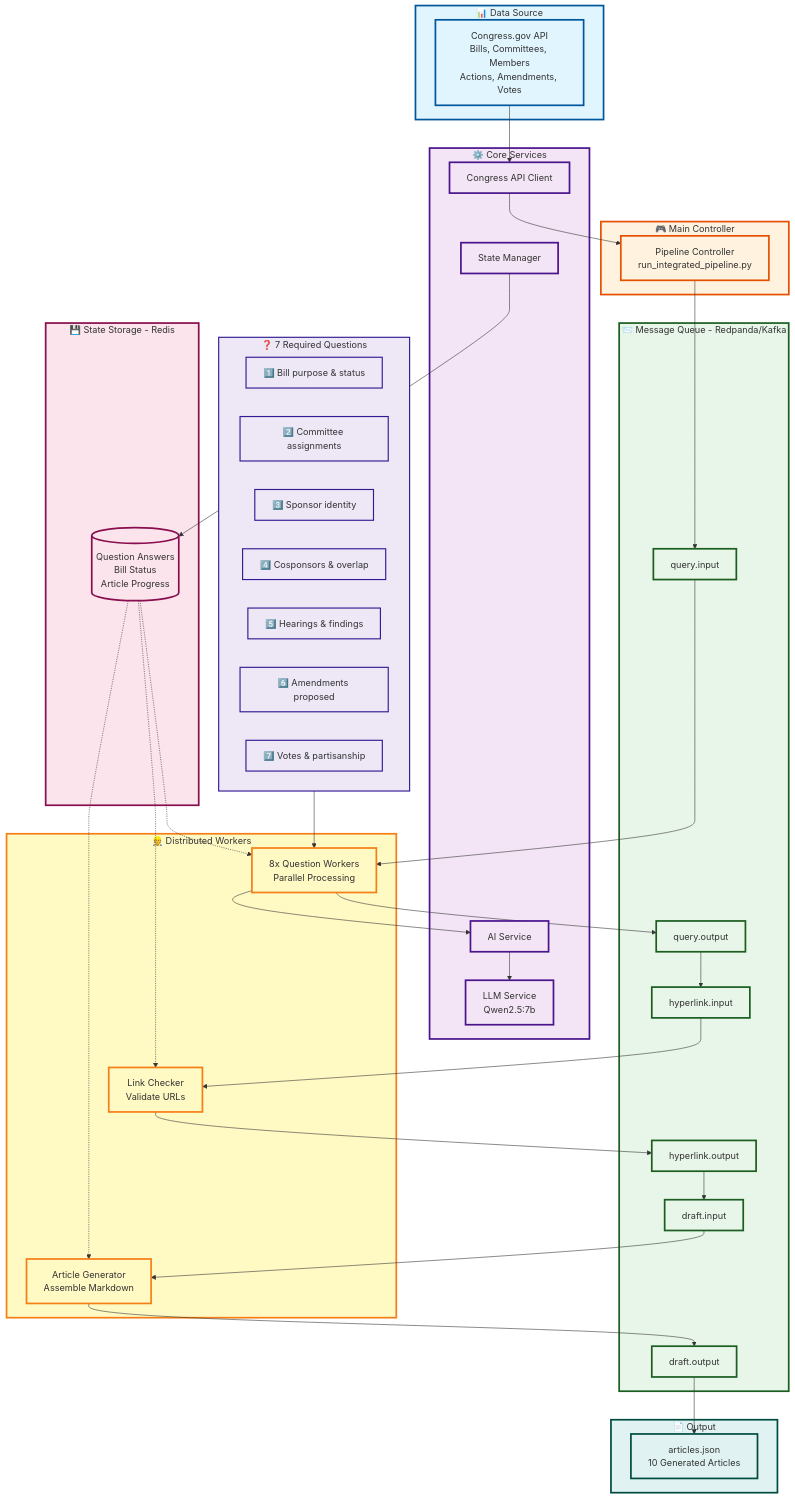
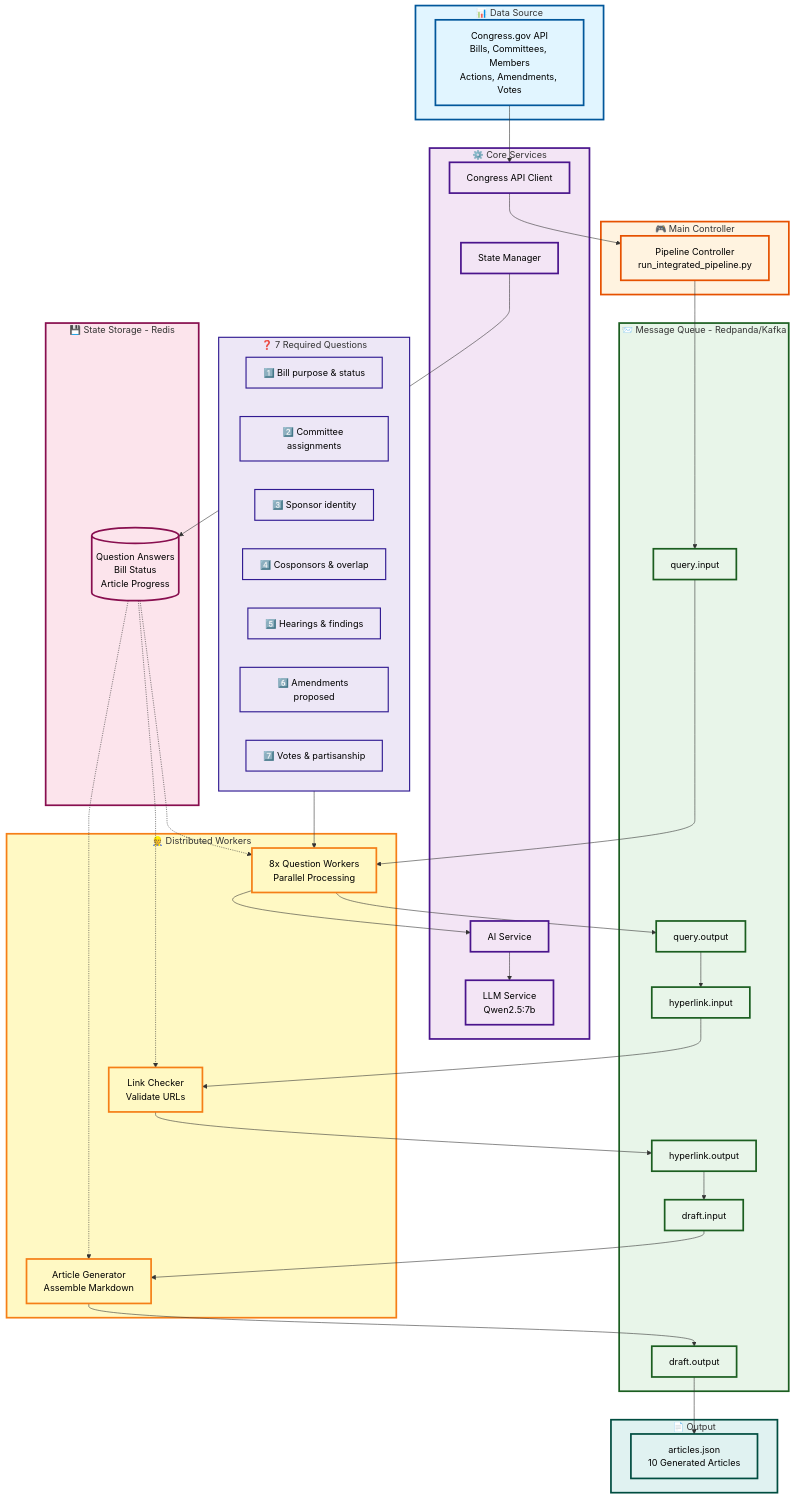
Before and after one commit to ronak4/Ronak-Raisingani-RAG: the second of 2 diagrams in Documentation/ARCHITECTURE_DIAGRAM.md, drawn with Mermaid.

Commit message:
Update ARCHITECTURE_DIAGRAM.md
updated font color

````diff
--- a/Documentation/ARCHITECTURE_DIAGRAM.md
+++ b/Documentation/ARCHITECTURE_DIAGRAM.md
@@ -32,4 +32,5 @@
 ```mermaid
+%%{init: {'themeVariables': { 'primaryTextColor': '#000', 'textColor': '#000', 'labelTextColor': '#000' }}}%%
 flowchart TB
     subgraph DATA["📊 Data Source"]
         API[Congress.gov API<br/>Bills, Committees, Members<br/>Actions, Amendments, Votes]
````
